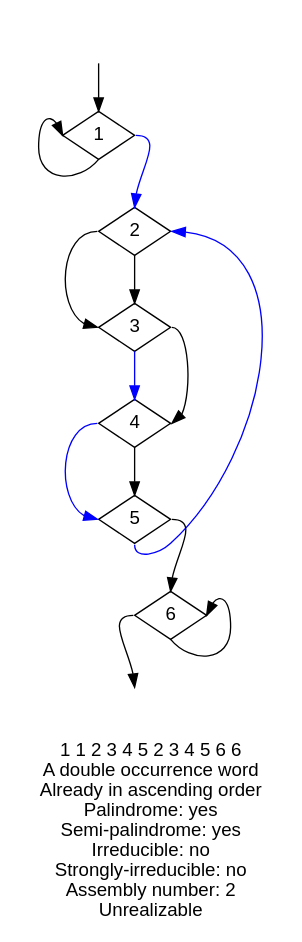
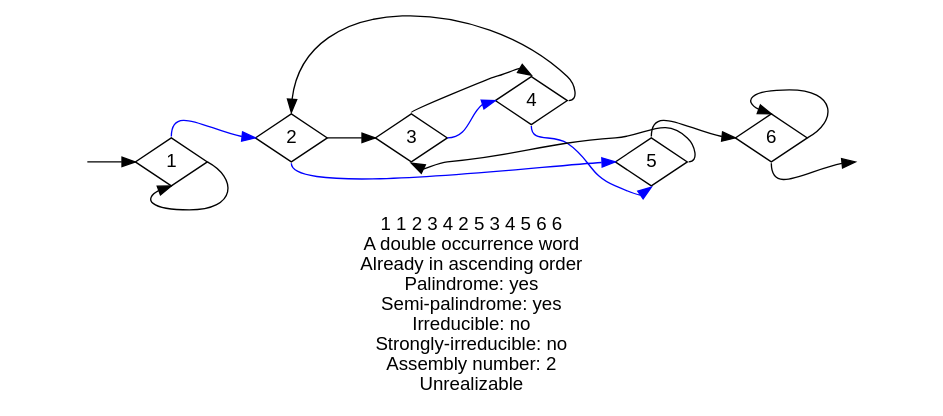
Before and after one commit to didedoshka/double_occurrence_words: the diagram in data/graph.dot, drawn with Graphviz. The commit also changed 21 other files, not shown here.

```diff
--- a/data/graph.dot
+++ b/data/graph.dot
@@ -1,21 +1,22 @@
 digraph {
 fontname="Helvetica"
 node [fontname="Helvetica"]
 node [shape=diamond]
-label="1 1 2 3 4 5 2 3 4 5 6 6 \nA double occurrence word\nAlready in ascending order\nPalindrome: yes\nSemi-palindrome: yes\nIrreducible: no\nStrongly-irreducible: no\nAssembly number: 2\nUnrealizable\n"
+label="1 1 2 3 4 2 5 3 4 5 6 6 \nA double occurrence word\nAlready in ascending order\nPalindrome: yes\nSemi-palindrome: yes\nIrreducible: no\nStrongly-irreducible: no\nAssembly number: 2\nUnrealizable\n"
+rankdir="LR"
 a [style="invis"]
 b [style="invis"]
-a:s -> 1:n
-1:s -> 1:w
-1:e -> 2:n [color="blue"]
-2:s -> 3:n
-3:s -> 4:n [color="blue"]
-4:s -> 5:n
-5:s -> 2:e [color="blue"]
-2:w -> 3:w
-3:e -> 4:e
-4:w -> 5:w [color="blue"]
-5:e -> 6:n
-6:s -> 6:e
-6:w -> b:n
+a:e -> 1:w
+1:e -> 1:s
+1:n -> 2:w [color="blue"]
+2:e -> 3:w
+3:e -> 4:w [color="blue"]
+4:e -> 2:n
+2:s -> 5:w [color="blue"]
+5:e -> 3:s
+3:n -> 4:n
+4:s -> 5:s [color="blue"]
+5:n -> 6:w
+6:e -> 6:n
+6:s -> b:w
 }
```
